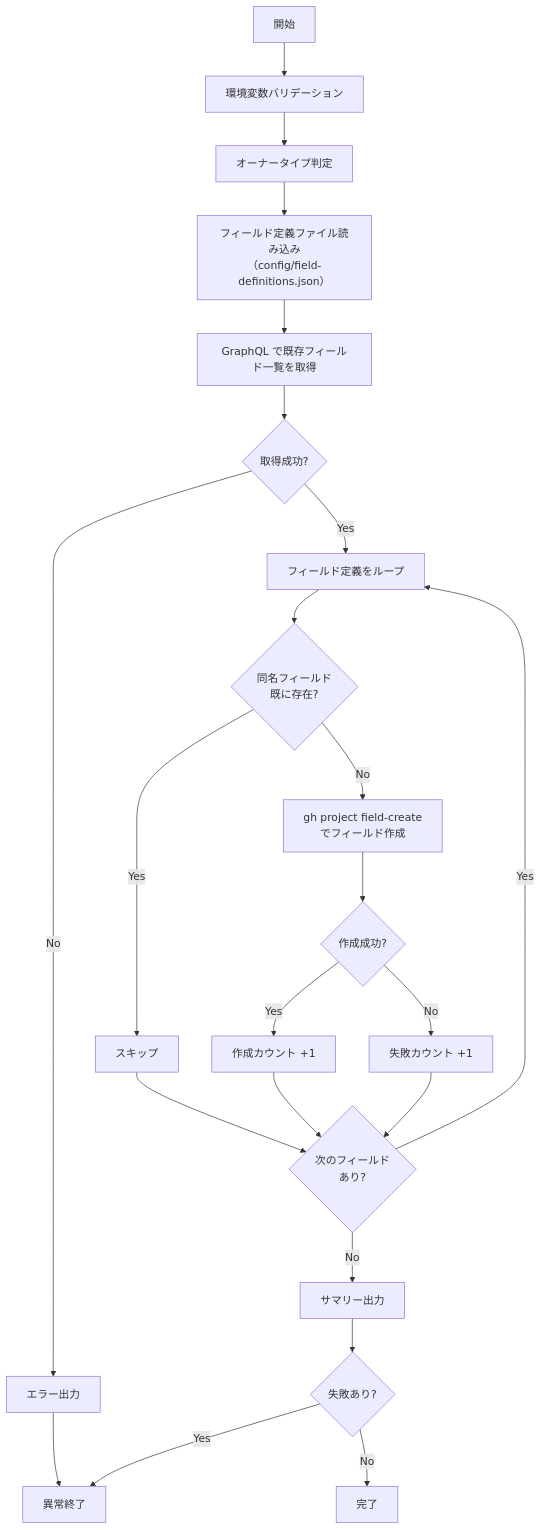
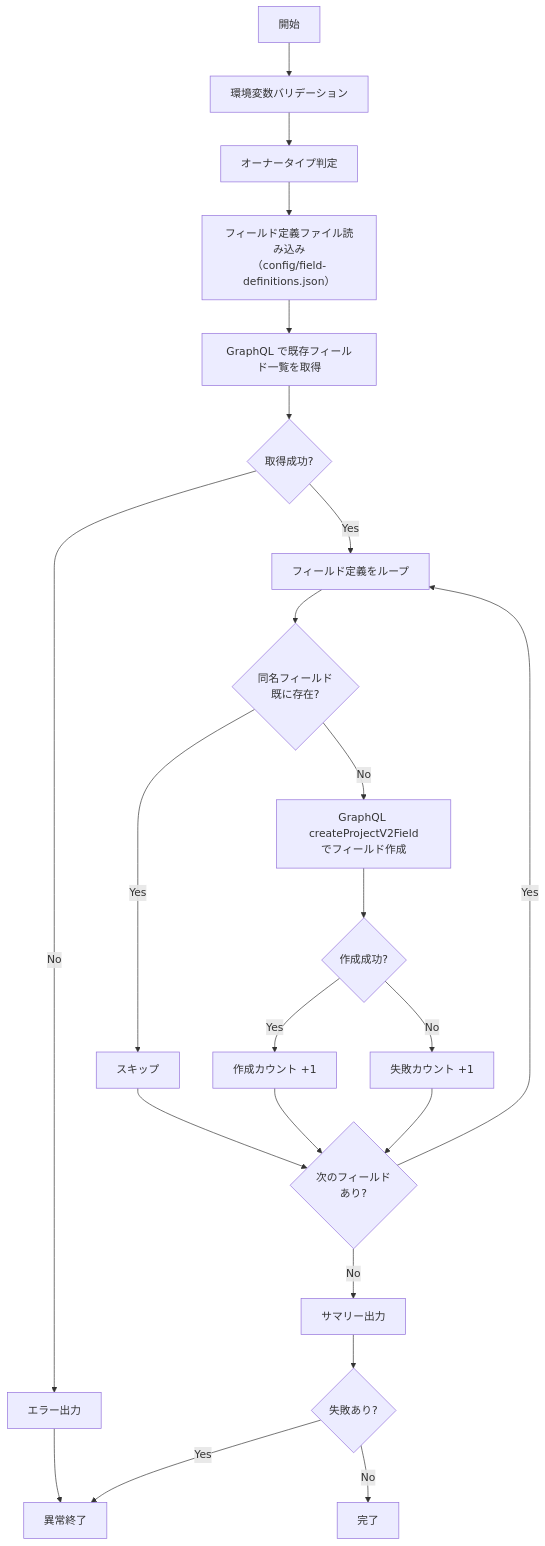
One commit to mabubu0203/github-projects-starter-kit changed the second of 2 diagrams in docs/scripts/setup-project-fields.md. Above: the diagram before and after it, drawn with Mermaid. The commit also changed other lines of this file and 1 other file, not shown here.

First line of the commit message:
fix: setup-project-fields.sh のフィールド作成を GraphQL API に移行する

````diff
--- a/docs/scripts/setup-project-fields.md
+++ b/docs/scripts/setup-project-fields.md
@@ -54,25 +54,25 @@
 ```mermaid
 flowchart TD
     A["開始"] --> B["環境変数バリデーション"]
     B --> C["オーナータイプ判定"]
     C --> D["フィールド定義ファイル読み込み\n（config/field-definitions.json）"]
     D --> E["GraphQL で既存フィールド一覧を取得"]
     E --> F{"取得成功?"}
     F -- "No" --> G["エラー出力"]
     G --> H["異常終了"]
 
     F -- "Yes" --> I["フィールド定義をループ"]
     I --> J{"同名フィールド\n既に存在?"}
     J -- "Yes" --> K["スキップ"]
-    J -- "No" --> L["gh project field-create\nでフィールド作成"]
+    J -- "No" --> L["GraphQL createProjectV2Field\nでフィールド作成"]
     L --> M{"作成成功?"}
     M -- "Yes" --> N["作成カウント +1"]
     M -- "No" --> O["失敗カウント +1"]
 
     K & N & O --> P{"次のフィールド\nあり?"}
     P -- "Yes" --> I
     P -- "No" --> Q["サマリー出力"]
     Q --> R{"失敗あり?"}
     R -- "Yes" --> H
     R -- "No" --> S["完了"]
 ```
````
